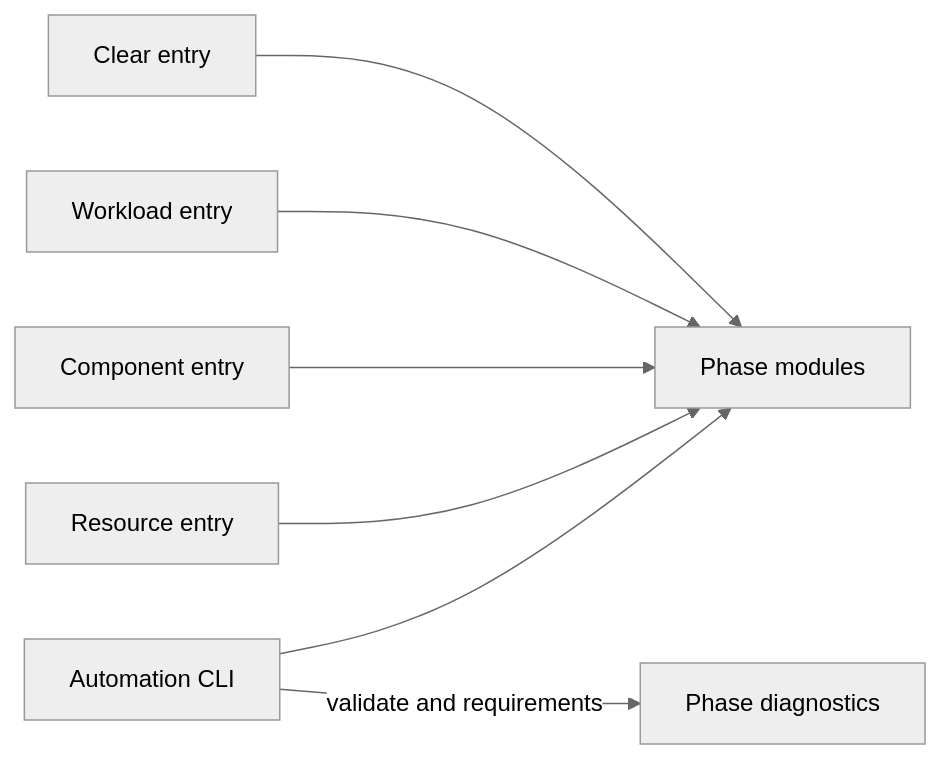
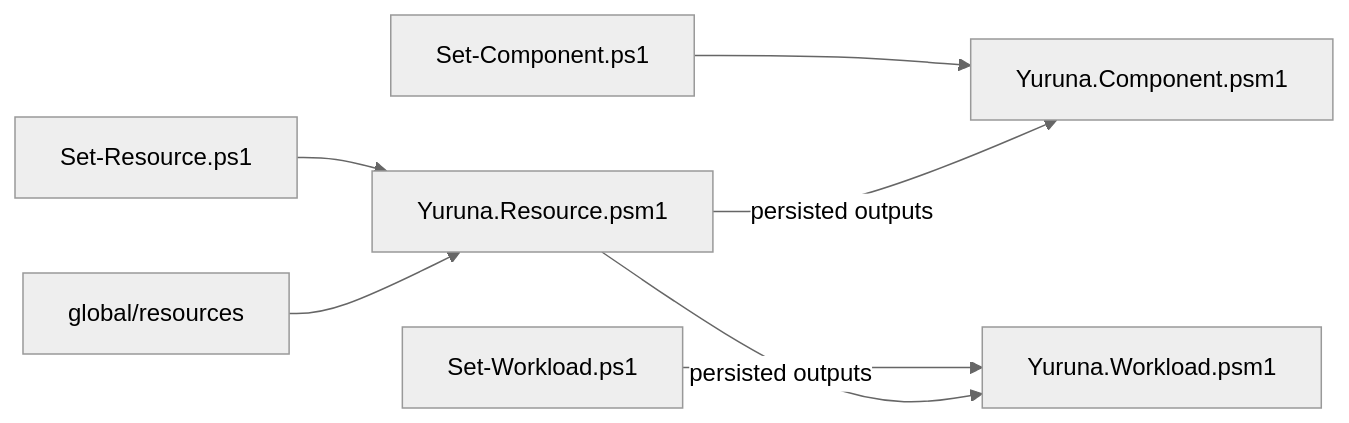
Before and after one commit to alissonsol/yuruna: the second of 7 diagrams in docs/design/02-component-breakdown.md, drawn with Mermaid (neutral theme). The commit also changed other lines of this file and 901 other files, not shown here.

````diff
--- a/docs/design/02-component-breakdown.md
+++ b/docs/design/02-component-breakdown.md
@@ -32,14 +45,9 @@
 ```mermaid
 flowchart LR
-  automation-cli["Automation CLI"]
-  resource-phase["Resource entry"]
-  component-phase["Component entry"]
-  workload-phase["Workload entry"]
-  clear-phase["Clear entry"]
-  automation-cli --> phase-modules["Phase modules"]
-  resource-phase --> phase-modules
-  component-phase --> phase-modules
-  workload-phase --> phase-modules
-  clear-phase --> phase-modules
-  automation-cli -->|"validate and requirements"| phase-diagnostics["Phase diagnostics"]
+    set-resource["Set-Resource.ps1"] --> yuruna-resource["Yuruna.Resource.psm1"]
+    set-component["Set-Component.ps1"] --> yuruna-component["Yuruna.Component.psm1"]
+    set-workload["Set-Workload.ps1"] --> yuruna-workload["Yuruna.Workload.psm1"]
+    global-resources["global/resources"] --> yuruna-resource
+    yuruna-resource -->|persisted outputs| yuruna-component
+    yuruna-resource -->|persisted outputs| yuruna-workload
 ```
````
